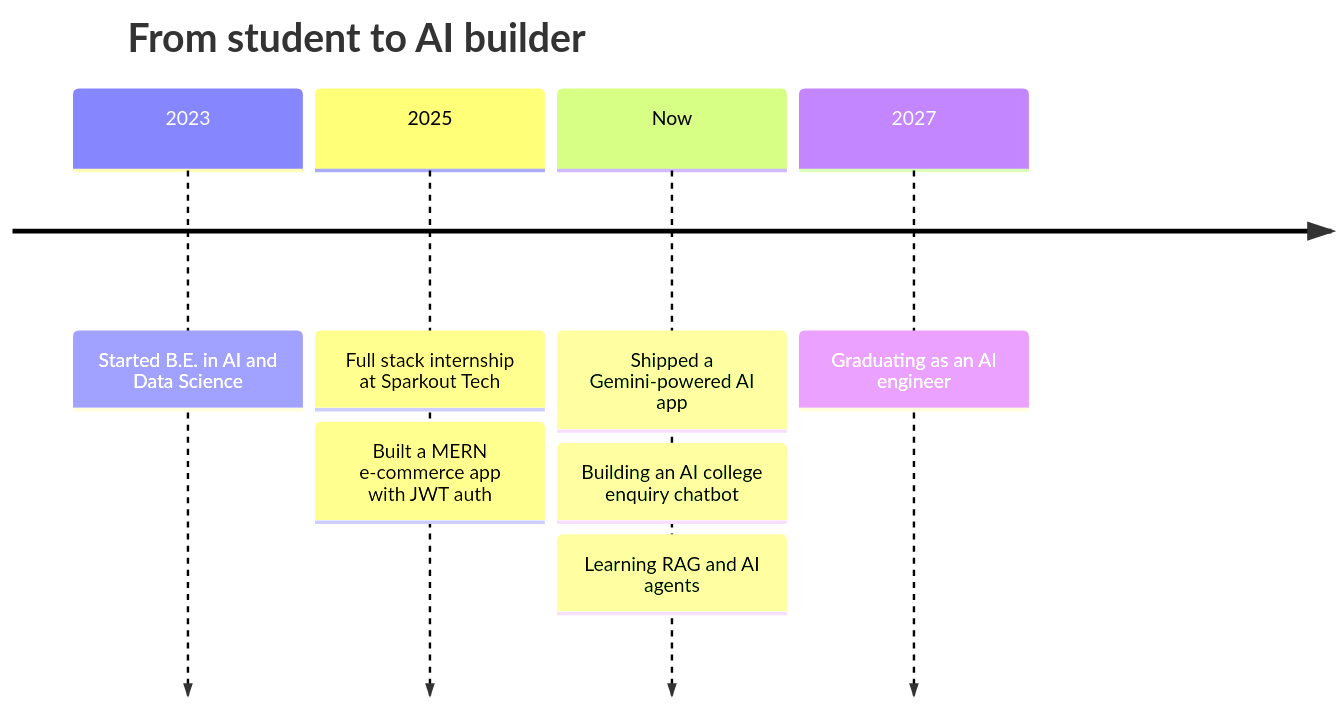
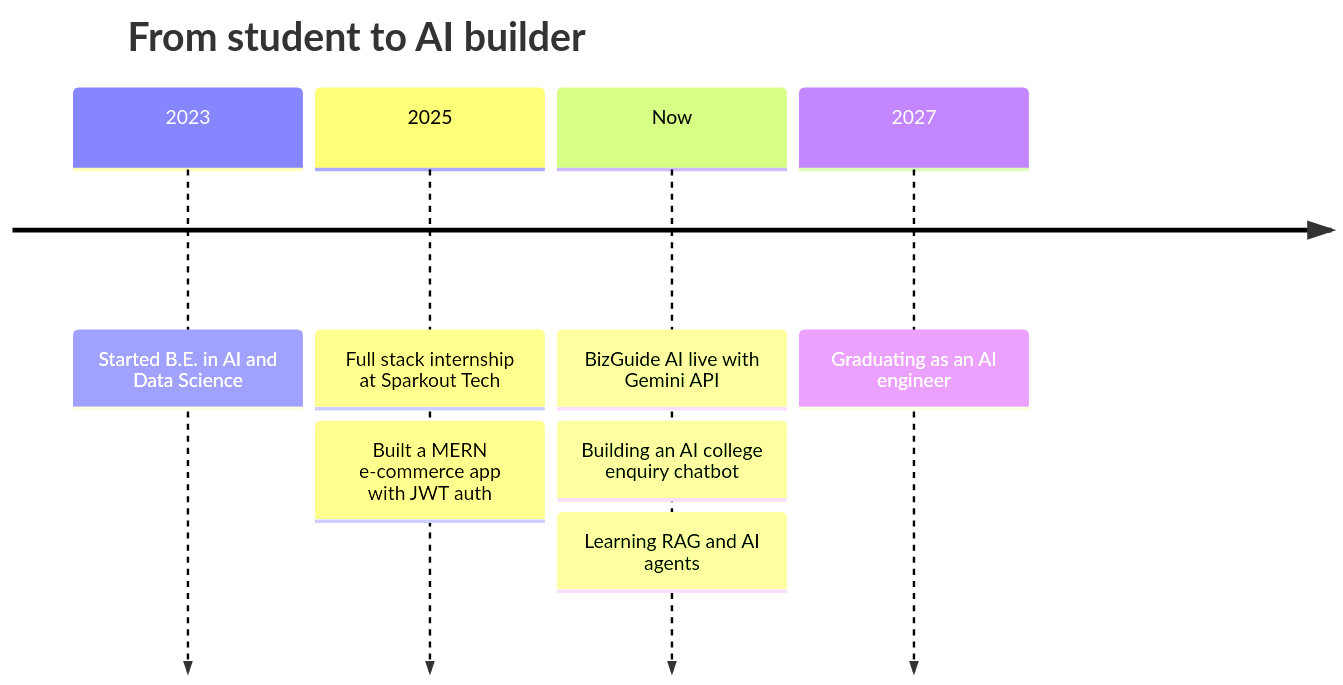
Before and after one commit to Vishwakumar-1927/Vishwakumar-1927: the first of 2 diagrams in README.md, drawn with Mermaid. The commit also changed other lines of this file, not shown here.

````diff
--- a/README.md
+++ b/README.md
@@ -42,11 +31,11 @@
 ```mermaid
 timeline
     title From student to AI builder
     2023 : Started B.E. in AI and Data Science
     2025 : Full stack internship at Sparkout Tech
          : Built a MERN e-commerce app with JWT auth
-    Now : Shipped a Gemini-powered AI app
+    Now : BizGuide AI live with Gemini API
         : Building an AI college enquiry chatbot
         : Learning RAG and AI agents
     2027 : Graduating as an AI engineer
 ```
````
